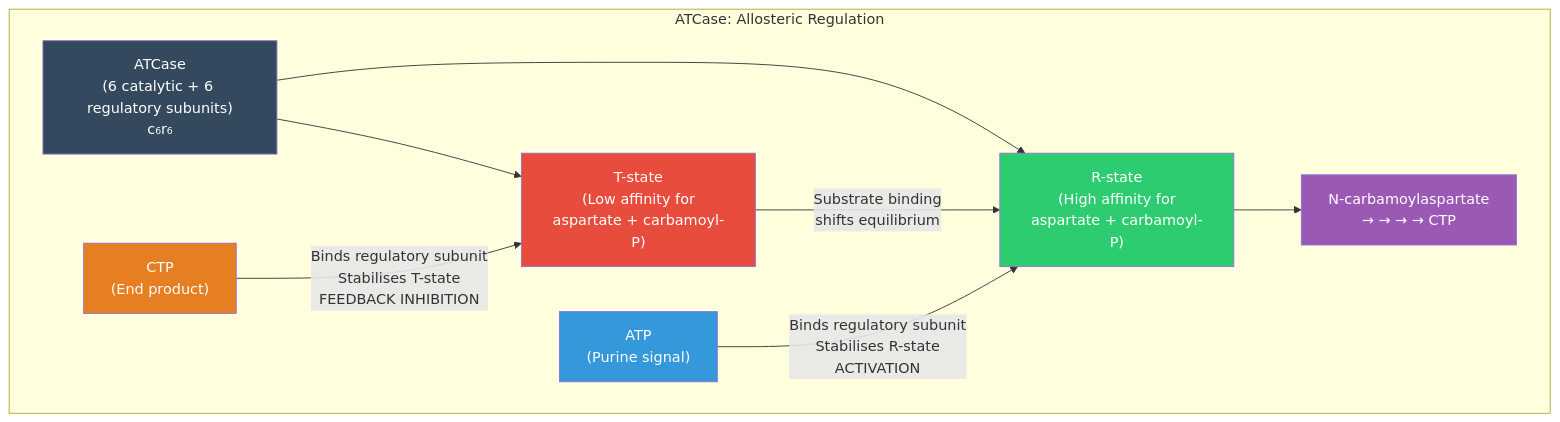
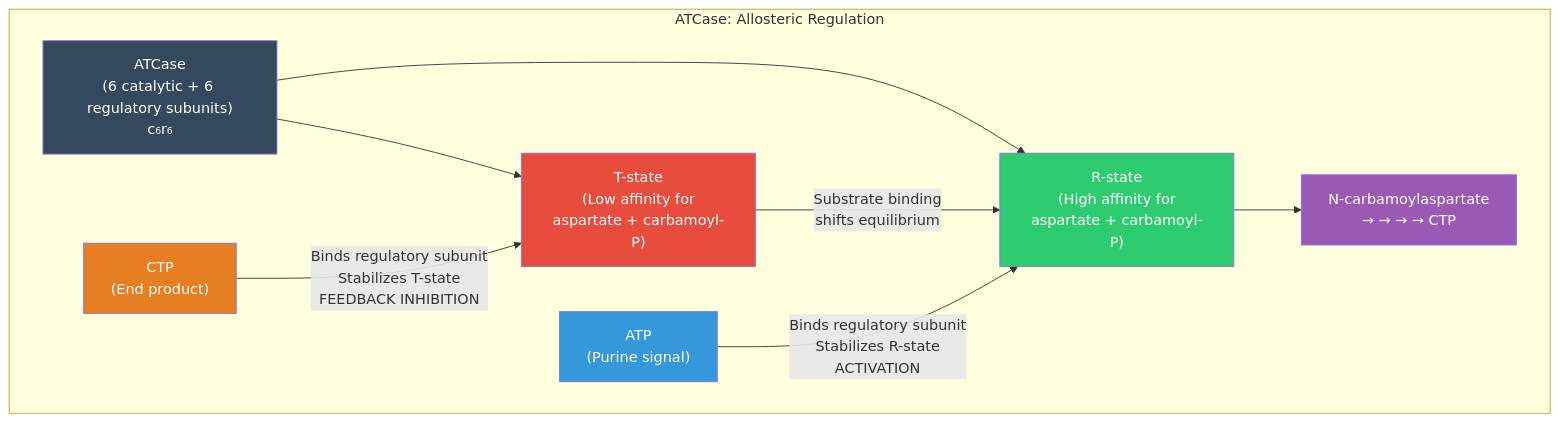
The third of 4 diagrams in manuscript/unit_I/enzymes_and_kinetics.md (docxology/biology_textbook), drawn with Mermaid before and after one commit. The commit also changed other lines of this file and 247 other files, not shown here.

````diff
--- a/manuscript/unit_I/enzymes_and_kinetics.md
+++ b/manuscript/unit_I/enzymes_and_kinetics.md
@@ -557,24 +565,24 @@
 ```mermaid
 flowchart TD
     subgraph ATCASE["ATCase: Allosteric Regulation"]
         E["ATCase<br/>(6 catalytic + 6 regulatory subunits)<br/>c₆r₆"]
 
         E --> T["T-state<br/>(Low affinity for<br/>aspartate + carbamoyl-P)"]
         E --> R["R-state<br/>(High affinity for<br/>aspartate + carbamoyl-P)"]
 
         T -->|"Substrate binding<br/>shifts equilibrium"| R
 
-        CTP["CTP<br/>(End product)"] -->|"Binds regulatory subunit<br/>Stabilises T-state<br/>FEEDBACK INHIBITION"| T
+        CTP["CTP<br/>(End product)"] -->|"Binds regulatory subunit<br/>Stabilizes T-state<br/>FEEDBACK INHIBITION"| T
 
-        ATP["ATP<br/>(Purine signal)"] -->|"Binds regulatory subunit<br/>Stabilises R-state<br/>ACTIVATION"| R
+        ATP["ATP<br/>(Purine signal)"] -->|"Binds regulatory subunit<br/>Stabilizes R-state<br/>ACTIVATION"| R
 
         R --> PRODUCT["N-carbamoylaspartate<br/>→ → → → CTP"]
     end
 
     style E fill:#34495e,color:#fff
     style T fill:#e74c3c,color:#fff
     style R fill:#2ecc71,color:#fff
     style CTP fill:#e67e22,color:#fff
     style ATP fill:#3498db,color:#fff
     style PRODUCT fill:#9b59b6,color:#fff
 ```
````
